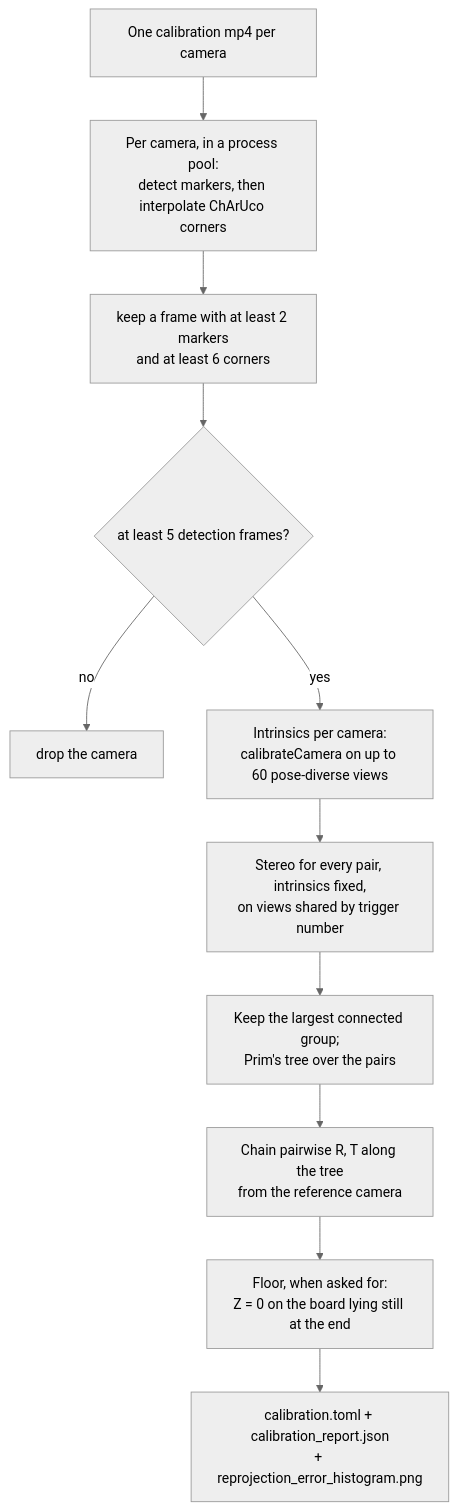
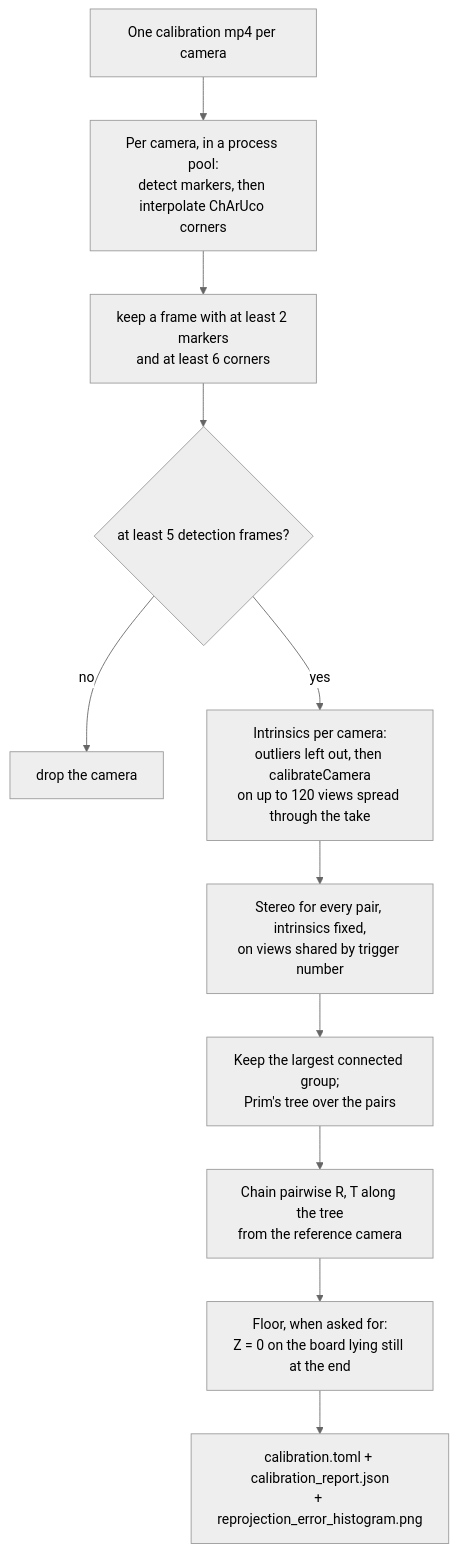
One commit to talmolab/panopticon changed the sixth of 6 diagrams in docs/INTERNALS.md. Above: the diagram before and after it, drawn with Mermaid (neutral theme). The commit also changed other lines of this file and 6 other files, not shown here.

First line of the commit message:
Solve: fit each lens on a spread sample of the clean views, from two starts

````diff
--- a/docs/INTERNALS.md
+++ b/docs/INTERNALS.md
@@ -1503,13 +1503,13 @@
 ```mermaid
 flowchart TD
   V["One calibration mp4 per camera"] --> D["Per camera, in a process pool:<br>detect markers, then interpolate ChArUco corners"]
   D --> F["keep a frame with at least 2 markers<br>and at least 6 corners"]
   F --> ACT{"at least 5 detection frames?"}
   ACT -->|"no"| X["drop the camera"]
-  ACT -->|"yes"| I["Intrinsics per camera:<br>calibrateCamera on up to 60 pose-diverse views"]
+  ACT -->|"yes"| I["Intrinsics per camera:<br>outliers left out, then calibrateCamera<br>on up to 120 views spread through the take"]
   I --> PW["Stereo for every pair, intrinsics fixed,<br>on views shared by trigger number"]
   PW --> G["Keep the largest connected group;<br>Prim's tree over the pairs"]
   G --> CH["Chain pairwise R, T along the tree<br>from the reference camera"]
   CH --> FL["Floor, when asked for:<br>Z = 0 on the board lying still at the end"]
   FL --> T["calibration.toml + calibration_report.json<br>+ reprojection_error_histogram.png"]
 ```
````
